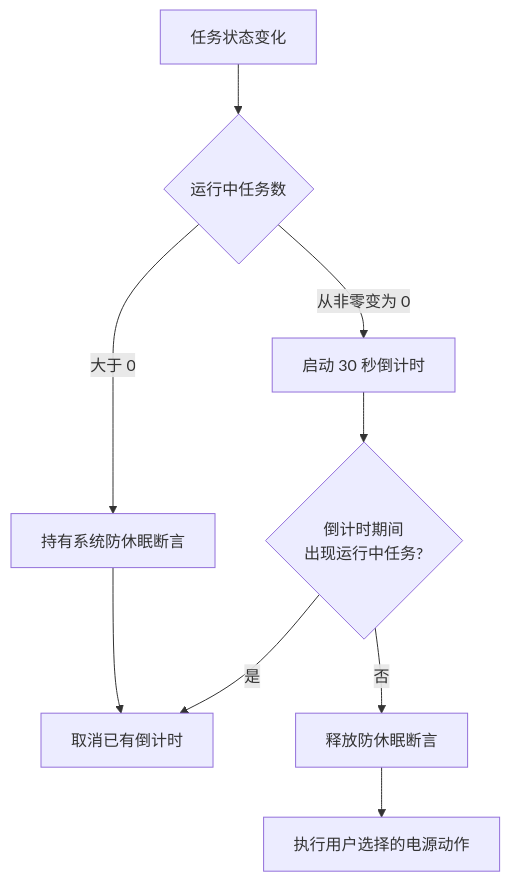
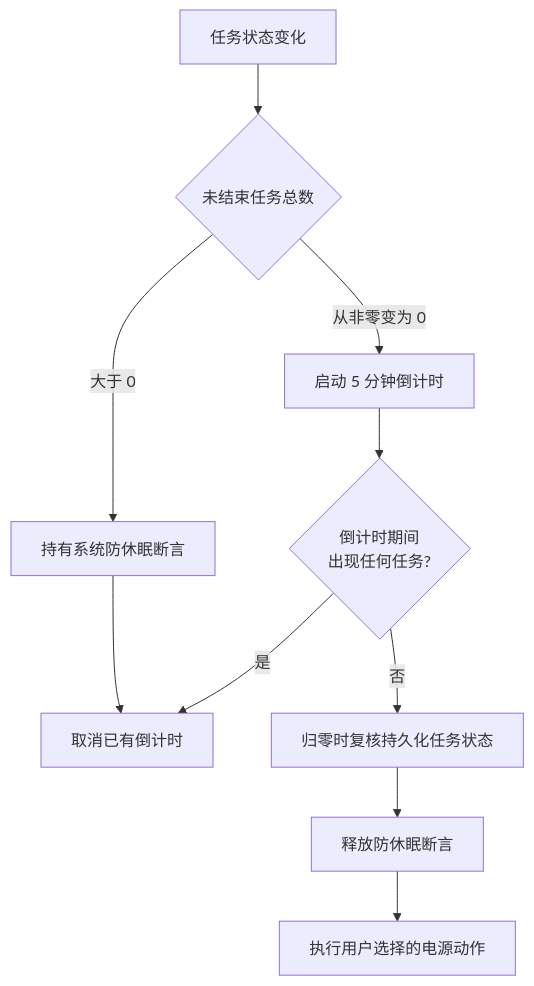
The second of 2 diagrams in docs/PRODUCT_STATE_LOGIC.md (ooAKLoo/terminap), drawn with Mermaid before and after one commit. The commit also changed other lines of this file and 11 other files, not shown here.

````diff
--- a/docs/PRODUCT_STATE_LOGIC.md
+++ b/docs/PRODUCT_STATE_LOGIC.md
@@ -55,11 +55,12 @@
 ```mermaid
 flowchart TD
-    event[任务状态变化] --> count{运行中任务数}
+    event[任务状态变化] --> count{未结束任务总数}
     count -->|大于 0| awake[持有系统防休眠断言]
     awake --> cancel[取消已有倒计时]
-    count -->|从非零变为 0| countdown[启动 30 秒倒计时]
-    countdown --> changed{倒计时期间<br/>出现运行中任务?}
+    count -->|从非零变为 0| countdown[启动 5 分钟倒计时]
+    countdown --> changed{倒计时期间<br/>出现任何任务?}
     changed -->|是| cancel
-    changed -->|否| action[释放防休眠断言]
+    changed -->|否| recheck[归零时复核持久化任务状态]
+    recheck --> action[释放防休眠断言]
     action --> execute[执行用户选择的电源动作]
 ```
````
